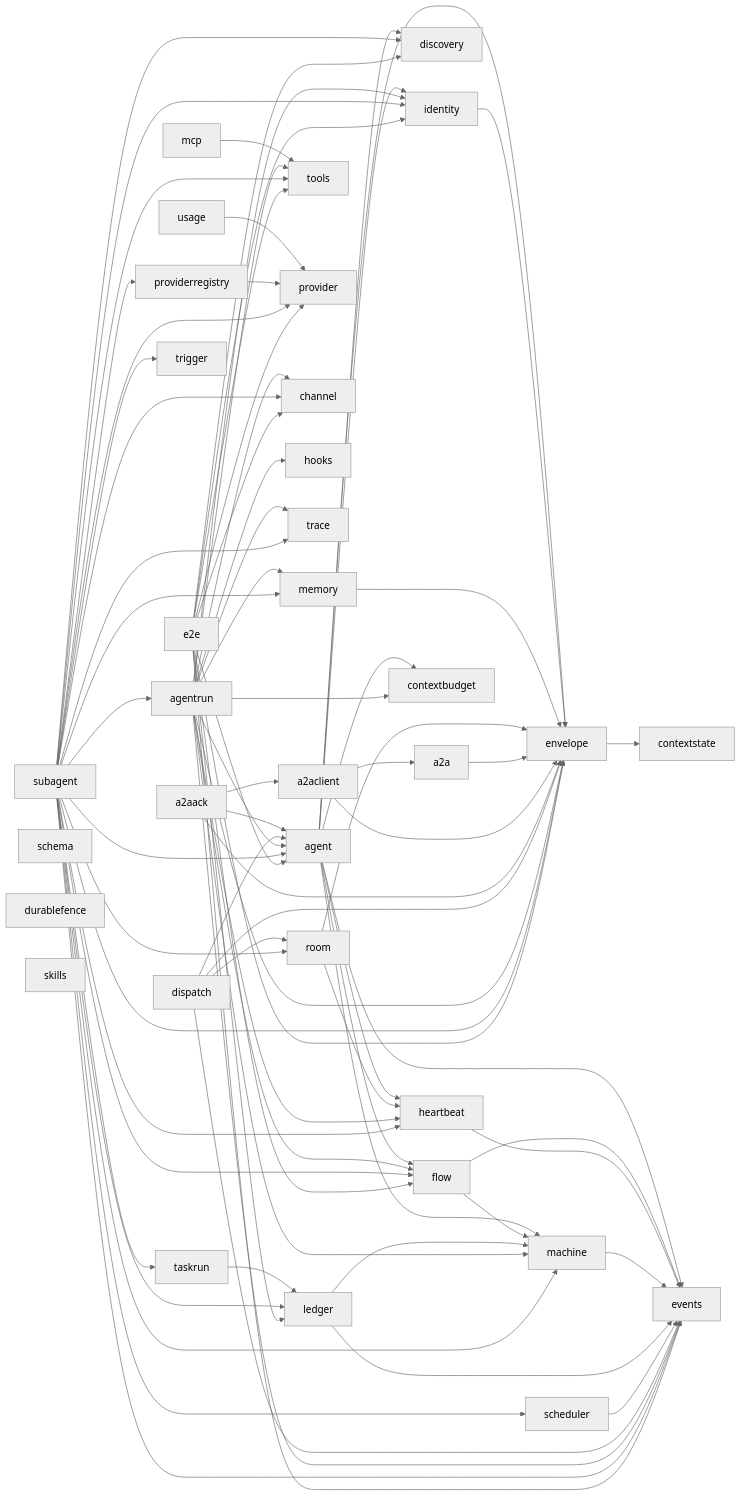
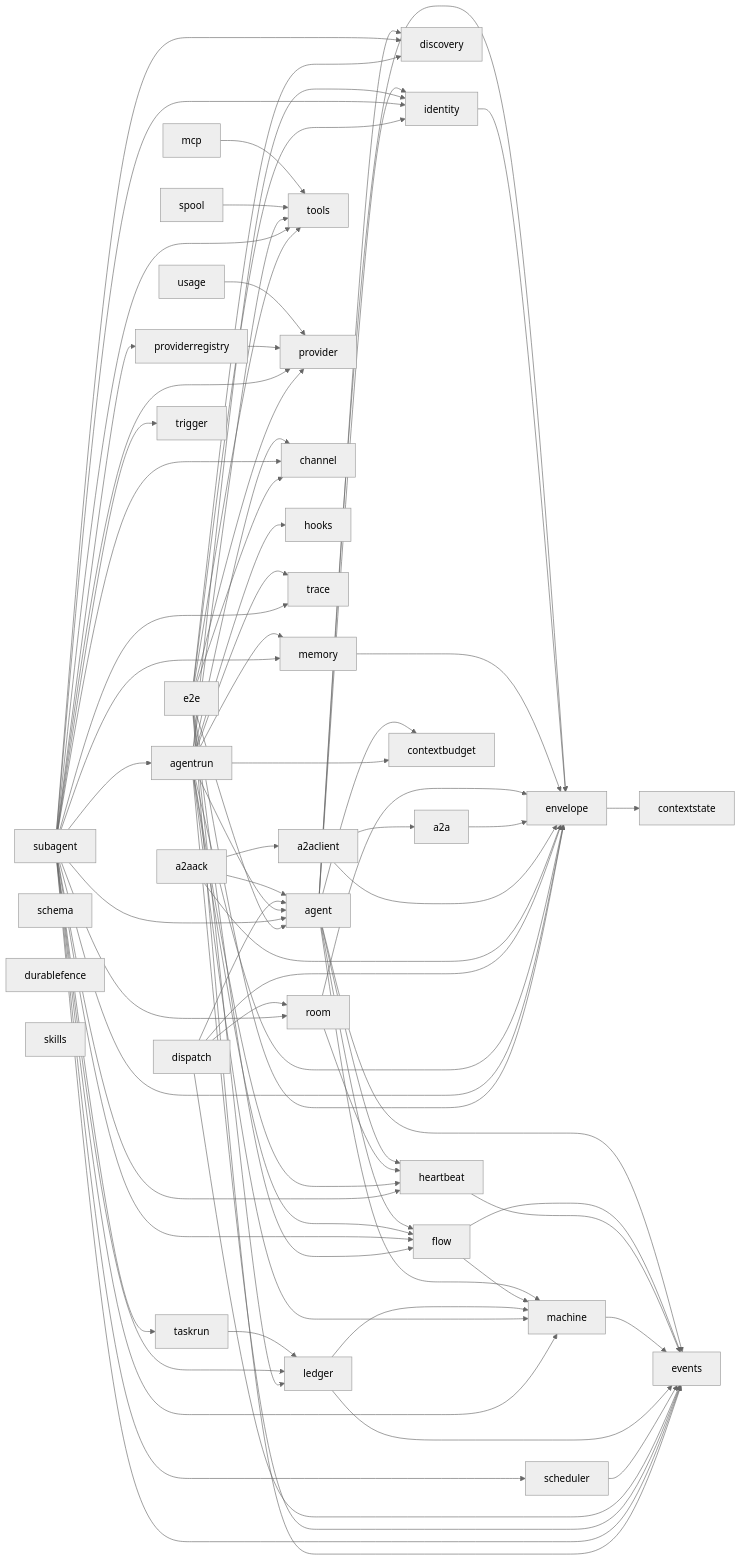
Before and after one commit to MiviaLabs/mivia-ai-sdk: the first of 2 diagrams in docs/architecture.md, drawn with Mermaid (neutral theme). The commit also changed other lines of this file and 5 other files, not shown here.

```diff
--- a/docs/architecture.md
+++ b/docs/architecture.md
@@ -50,6 +51,7 @@
     a2aclient --> a2a
     a2aclient --> envelope
     mcp --> tools
+    spool --> tools
     usage --> provider
     providerregistry --> provider
     scheduler --> events
```
